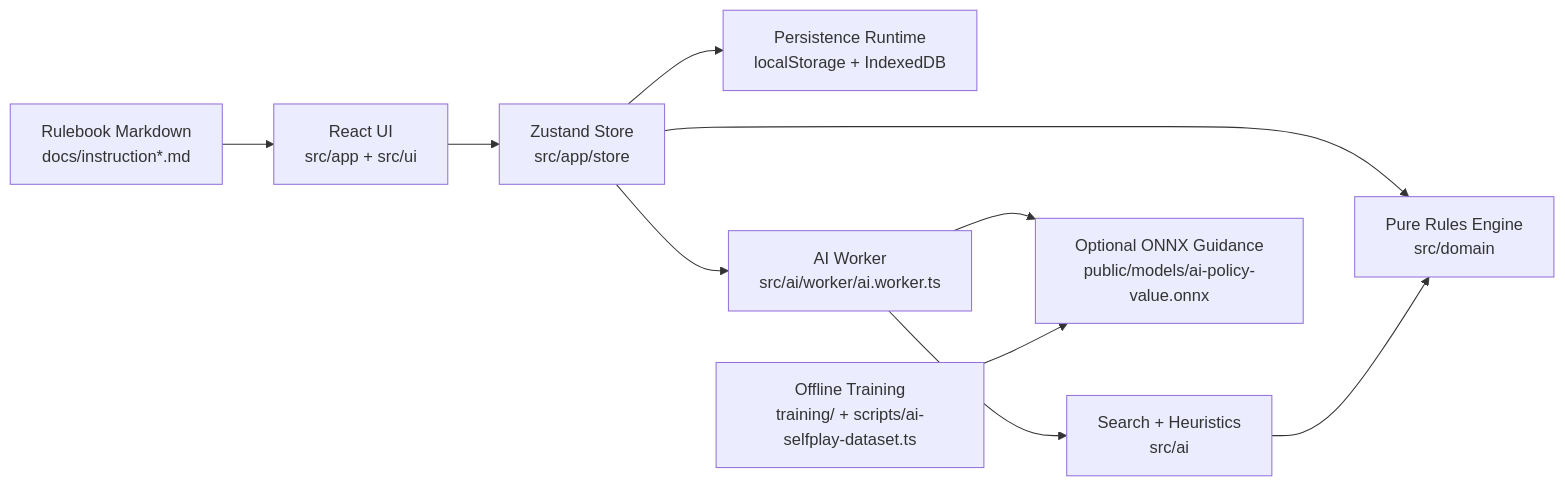
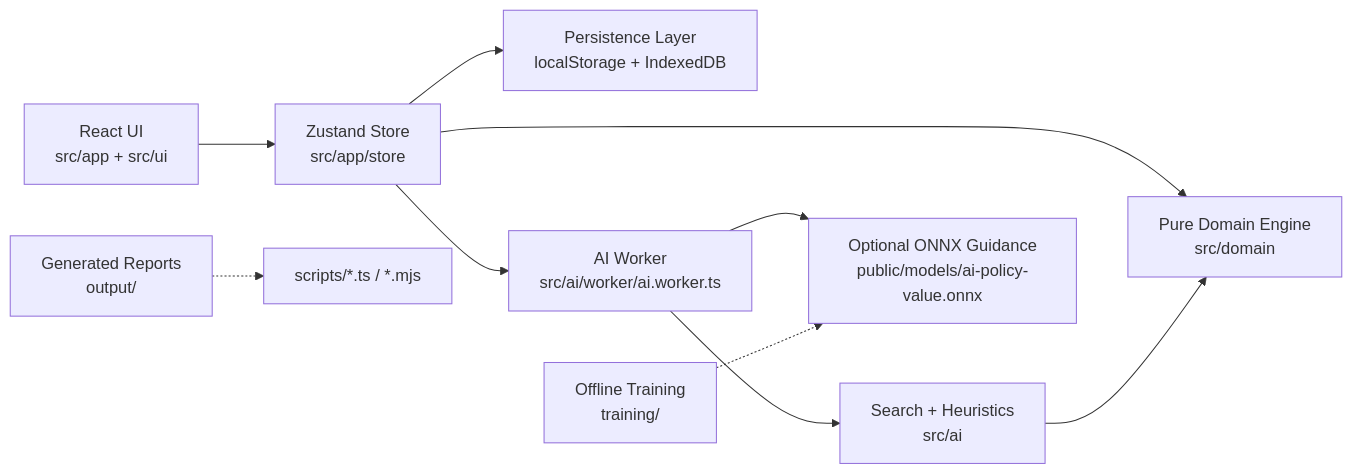
The diagram in README.md (kstroevsky/you-and-i), drawn with Mermaid before and after one commit. The commit also changed other lines of this file and 33 other files, not shown here.

````diff
--- a/README.md
+++ b/README.md
@@ -53,12 +35,12 @@
 ```mermaid
 flowchart LR
   UI["React UI<br/>src/app + src/ui"] --> Store["Zustand Store<br/>src/app/store"]
-  Store --> Domain["Pure Rules Engine<br/>src/domain"]
-  Store --> Persist["Persistence Runtime<br/>localStorage + IndexedDB"]
+  Store --> Domain["Pure Domain Engine<br/>src/domain"]
+  Store --> Persist["Persistence Layer<br/>localStorage + IndexedDB"]
   Store --> Worker["AI Worker<br/>src/ai/worker/ai.worker.ts"]
   Worker --> AI["Search + Heuristics<br/>src/ai"]
   AI --> Domain
   Worker --> Model["Optional ONNX Guidance<br/>public/models/ai-policy-value.onnx"]
-  Docs["Rulebook Markdown<br/>docs/instruction*.md"] --> UI
-  Training["Offline Training<br/>training/ + scripts/ai-selfplay-dataset.ts"] --> Model
+  Reports["Generated Reports<br/>output/"] -.-> Scripts["scripts/*.ts / *.mjs"]
+  Training["Offline Training<br/>training/"] -.-> Model
 ```
````
